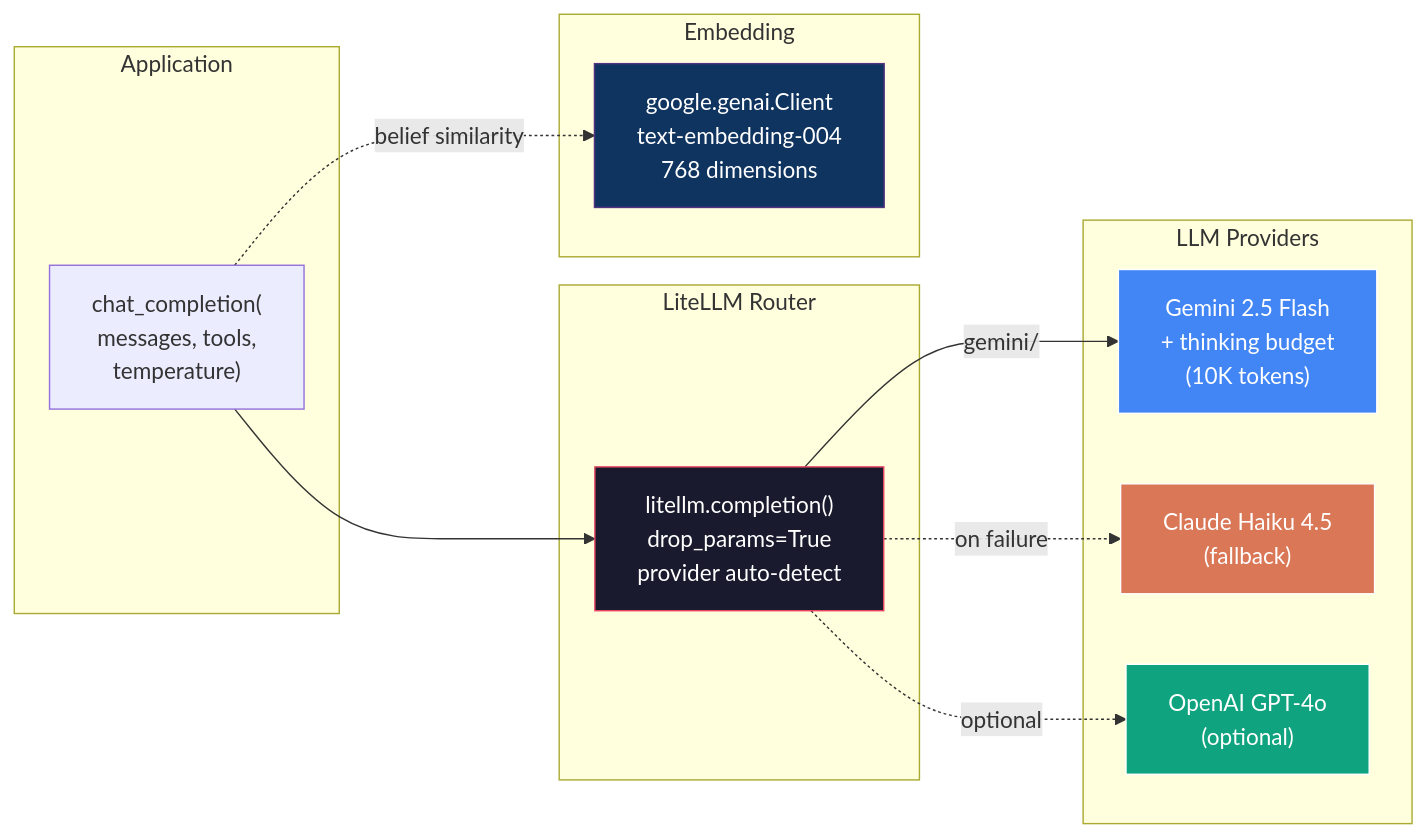
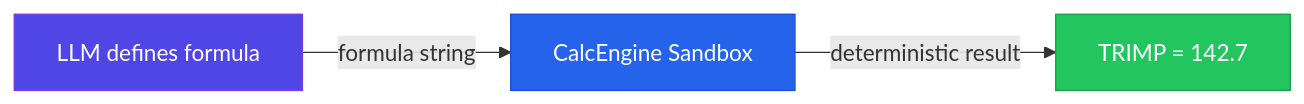
Before and after one commit to RnltLabs/athletly-backend: the fourth of 9 diagrams in README.md, drawn with Mermaid. The commit also changed other lines of this file, not shown here.

First line of the commit message:
docs: simplify README diagrams, apply Athletly colors, add TOC

````diff
--- a/README.md
+++ b/README.md
@@ -199,33 +174,9 @@
 ```mermaid
 flowchart LR
-    subgraph App["Application"]
-        CC["chat_completion(<br/>messages, tools,<br/>temperature)"]
-    end
+    LLM["LLM defines formula"] -->|"formula string"| CALC["CalcEngine Sandbox"]
+    CALC -->|"deterministic result"| OUT["TRIMP = 142.7"]
 
-    subgraph LiteLLM["LiteLLM Router"]
-        ROUTER["litellm.completion()<br/>drop_params=True<br/>provider auto-detect"]
-    end
-
-    subgraph Providers["LLM Providers"]
-        G["Gemini 2.5 Flash<br/>+ thinking budget<br/>(10K tokens)"]
-        C["Claude Haiku 4.5<br/>(fallback)"]
-        O["OpenAI GPT-4o<br/>(optional)"]
-    end
-
-    subgraph Embed["Embedding"]
-        E["google.genai.Client<br/>text-embedding-004<br/>768 dimensions"]
-    end
-
-    CC --> ROUTER
-    ROUTER -->|"gemini/"| G
-    ROUTER -.->|"on failure"| C
-    ROUTER -.->|"optional"| O
-
-    CC -.->|"belief similarity"| E
-
-    style ROUTER fill:#1a1a2e,stroke:#e94560,color:#fff
-    style G fill:#4285F4,stroke:#fff,color:#fff
-    style C fill:#D97757,stroke:#fff,color:#fff
-    style O fill:#10A37F,stroke:#fff,color:#fff
-    style E fill:#0f3460,stroke:#533483,color:#fff
+    style LLM fill:#4F46E5,stroke:#7C3AED,color:#fff
+    style CALC fill:#2563EB,stroke:#1D4ED8,color:#fff
+    style OUT fill:#22C55E,stroke:#16A34A,color:#fff
 ```
````
